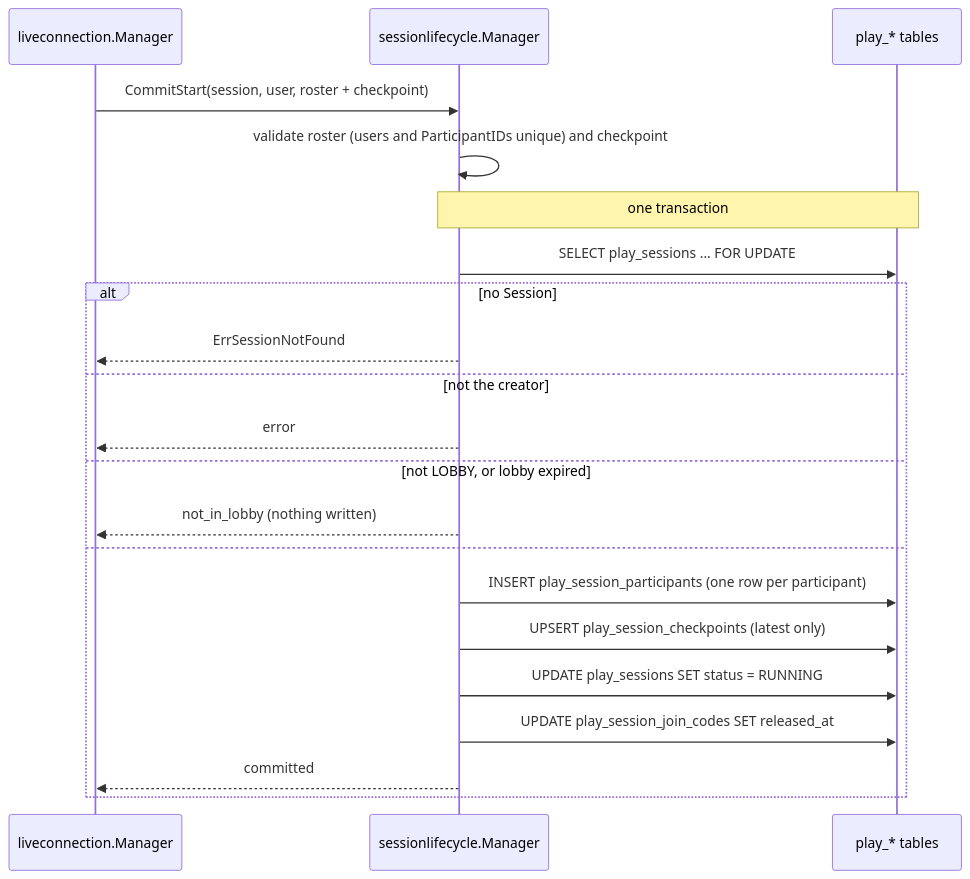
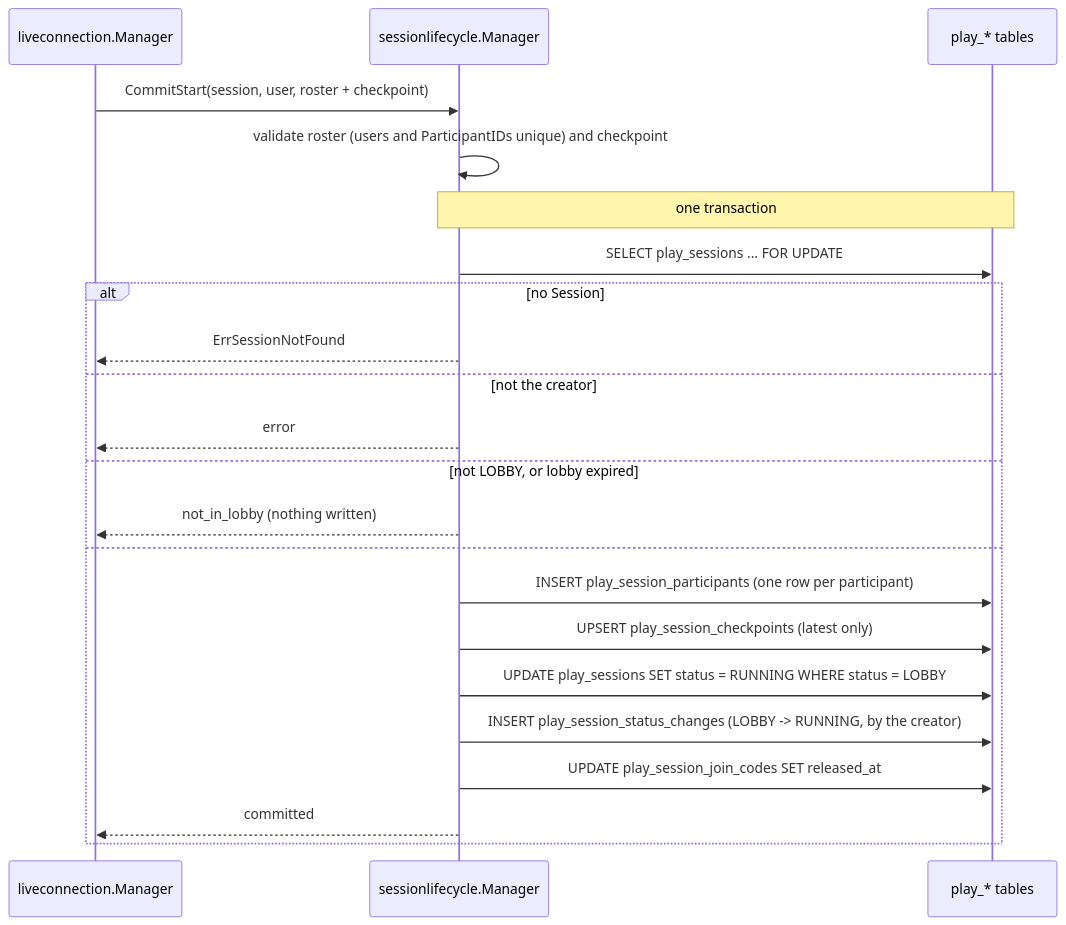
The second of 2 diagrams in play/docs/FLOWS.md (diegobermudez03/playhoot), drawn with Mermaid before and after one commit. The commit also changed other lines of this file and 30 other files, not shown here.

````diff
--- a/play/docs/FLOWS.md
+++ b/play/docs/FLOWS.md
@@ -120,24 +121,25 @@
 ```mermaid
 sequenceDiagram
     participant Runtime as liveconnection.Manager
     participant Manager as sessionlifecycle.Manager
     participant DB as play_* tables
 
     Runtime->>Manager: CommitStart(session, user, roster + checkpoint)
     Manager->>Manager: validate roster (users and ParticipantIDs unique) and checkpoint
     Note over Manager,DB: one transaction
     Manager->>DB: SELECT play_sessions ... FOR UPDATE
     alt no Session
         Manager-->>Runtime: ErrSessionNotFound
     else not the creator
         Manager-->>Runtime: error
     else not LOBBY, or lobby expired
         Manager-->>Runtime: not_in_lobby (nothing written)
     else
         Manager->>DB: INSERT play_session_participants (one row per participant)
         Manager->>DB: UPSERT play_session_checkpoints (latest only)
-        Manager->>DB: UPDATE play_sessions SET status = RUNNING
+        Manager->>DB: UPDATE play_sessions SET status = RUNNING WHERE status = LOBBY
+        Manager->>DB: INSERT play_session_status_changes (LOBBY -> RUNNING, by the creator)
         Manager->>DB: UPDATE play_session_join_codes SET released_at
         Manager-->>Runtime: committed
     end
 ```
````
